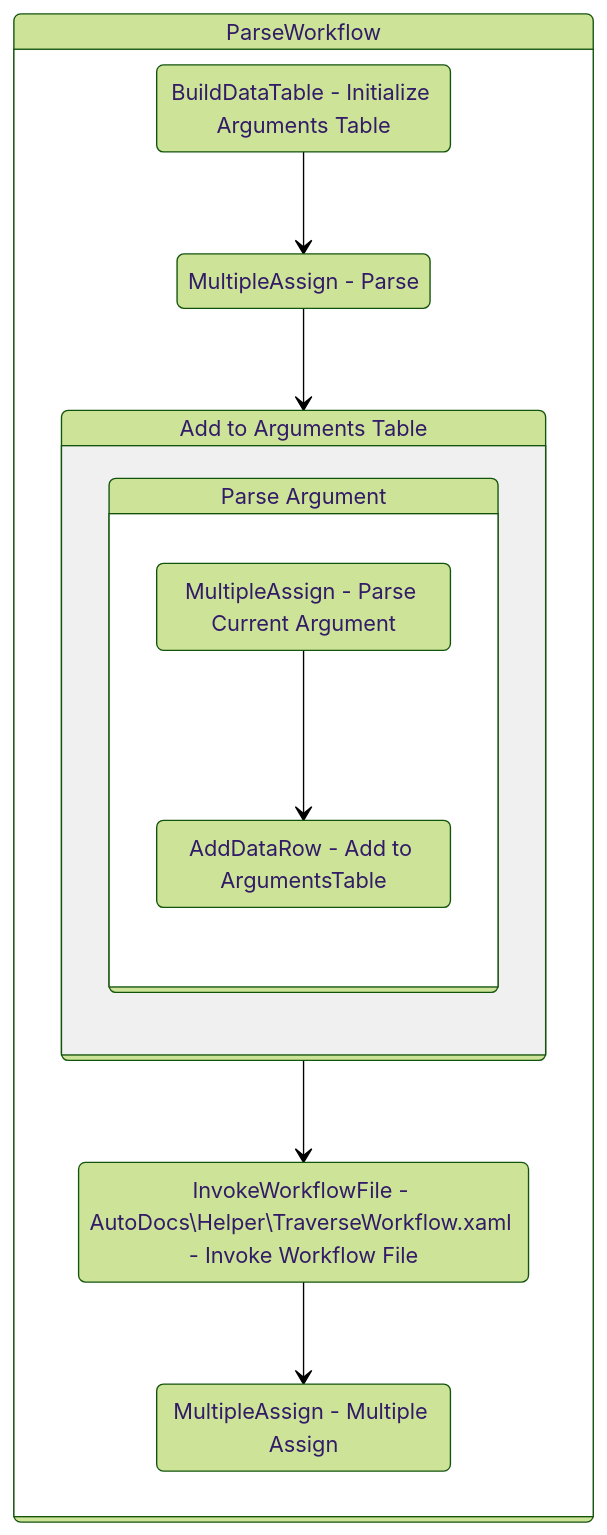
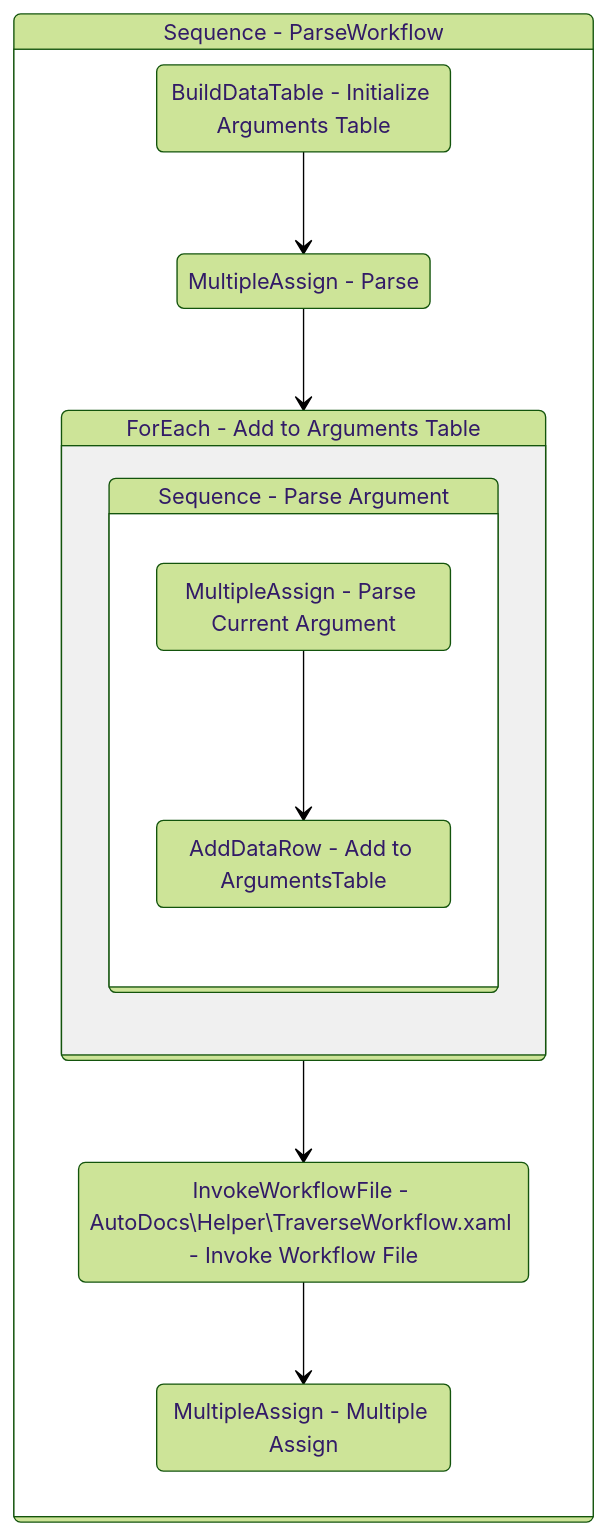
One commit to yashbrahmbhatt/LazyFramework changed the diagram in Documentation/AutoDocs/Helper/ParseWorkflow.md. Above: the diagram before and after it, drawn with Mermaid (forest theme). The commit also changed other lines of this file and 78 other files, not shown here.

````diff
--- a/Documentation/AutoDocs/Helper/ParseWorkflow.md
+++ b/Documentation/AutoDocs/Helper/ParseWorkflow.md
@@ -165,29 +165,29 @@
 ```mermaid
 stateDiagram-v2
 
 
-Sequence_1: ParseWorkflow
+Sequence_1: Sequence - ParseWorkflow
 state Sequence_1 {
 direction TB
 BuildDataTable_1 : BuildDataTable - Initialize Arguments Table
 MultipleAssign_1 : MultipleAssign - Parse
 BuildDataTable_1 --> MultipleAssign_1
 MultipleAssign_1 --> ForEach1_1
-ForEach1_1: Add to Arguments Table
+ForEach1_1: ForEach - Add to Arguments Table
 state ForEach1_1 {
 direction TB
 
-Sequence_2: Parse Argument
+Sequence_2: Sequence - Parse Argument
 state Sequence_2 {
 direction TB
 MultipleAssign_5 : MultipleAssign - Parse Current Argument
 AddDataRow_2 : AddDataRow - Add to ArgumentsTable
 MultipleAssign_5 --> AddDataRow_2
 }
 }
 InvokeWorkflowFile_1 : InvokeWorkflowFile - AutoDocs\\Helper\\TraverseWorkflow.xaml - Invoke Workflow File
 ForEach1_1 --> InvokeWorkflowFile_1
 MultipleAssign_6 : MultipleAssign - Multiple Assign
 InvokeWorkflowFile_1 --> MultipleAssign_6
 }
 ```
````
